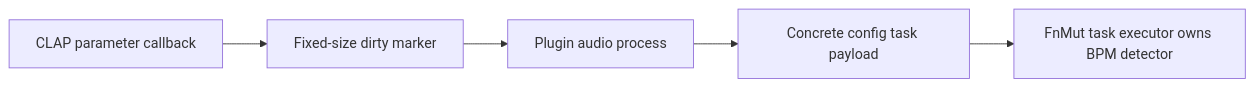
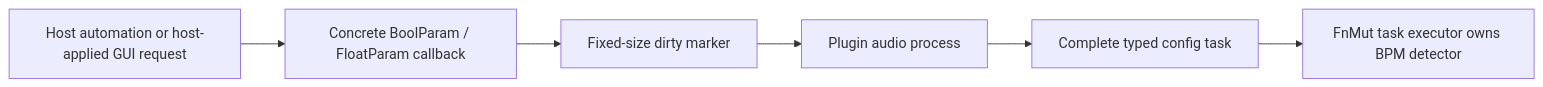
Before and after one commit to valsteen/midi_bpm_detection: the second of 4 diagrams in docs/runtime-lifecycle.md, drawn with Mermaid. The commit also changed other lines of this file and 4 other files, not shown here.

Commit message:
docs: describe on-off host parameter pairs

````diff
--- a/docs/runtime-lifecycle.md
+++ b/docs/runtime-lifecycle.md
@@ -47,7 +47,8 @@
 ```mermaid
 flowchart LR
-    H["CLAP parameter callback"] --> D["Fixed-size dirty marker"]
+    H["Host automation or host-applied GUI request"] --> P["Concrete BoolParam / FloatParam callback"]
+    P --> D["Fixed-size dirty marker"]
     D --> A["Plugin audio process"]
-    A --> T["Concrete config task payload"]
+    A --> T["Complete typed config task"]
     T --> E["FnMut task executor owns BPM detector"]
 ```
````
